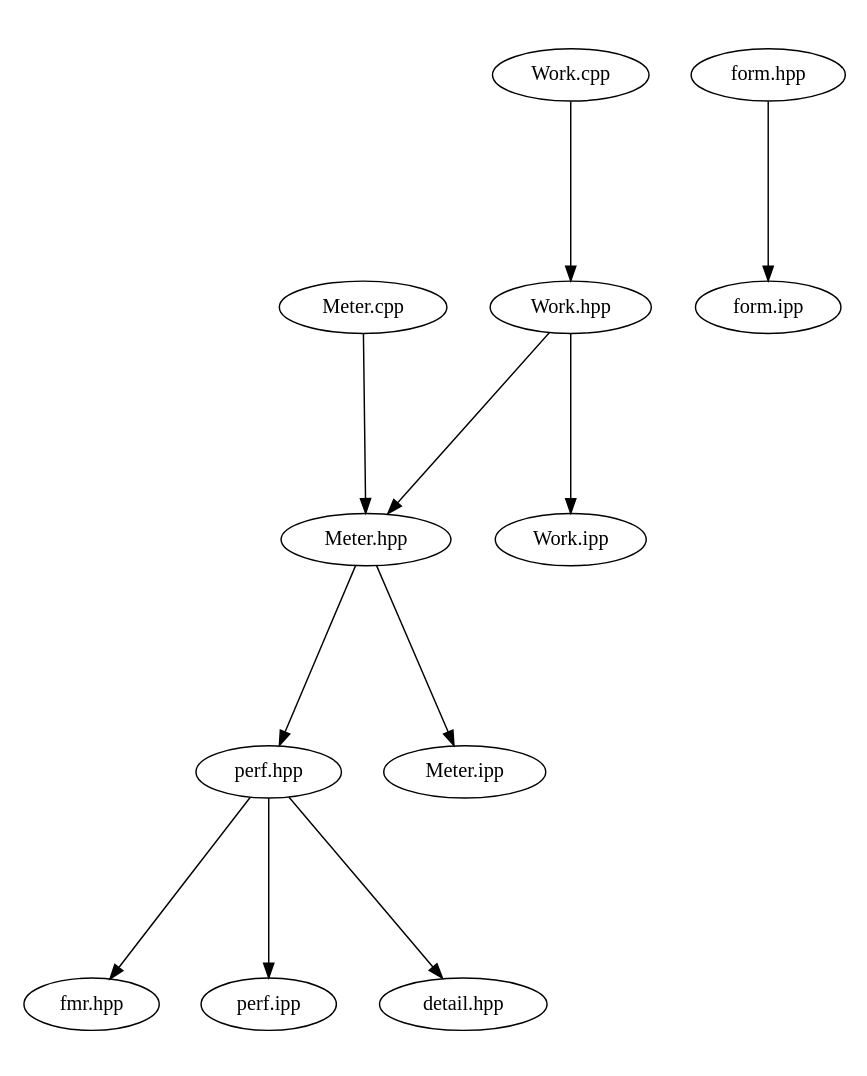
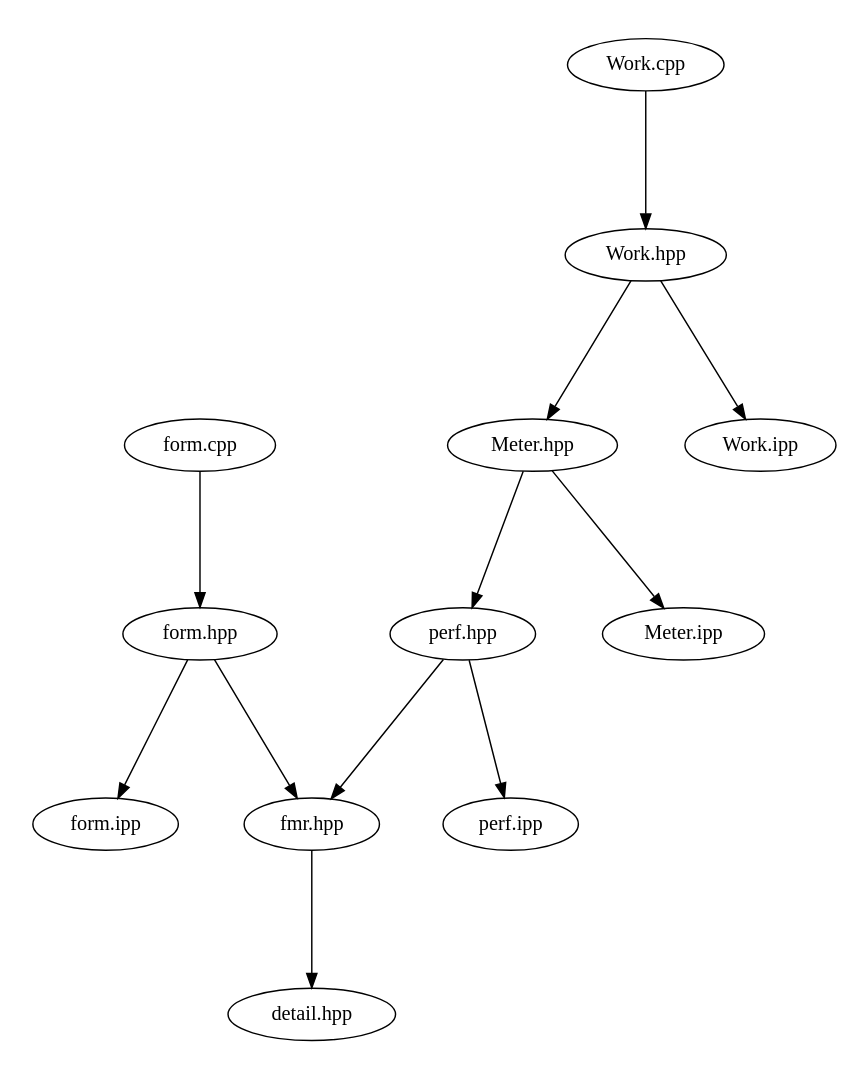
The diagram in src/docs/src-notest.dot (waggyz/femera-mini-app), drawn with Graphviz before and after one commit. The commit also changed 11 other files, not shown here.

```diff
--- a/src/docs/src-notest.dot
+++ b/src/docs/src-notest.dot
@@ -1,18 +1,19 @@
 digraph "source tree" {
     overlap=scale;
     size="8,10";
     ratio="fill";
     fontsize="16";
     fontname="Helvetica";
 	clusterrank="local";
 	"Meter.hpp" -> "perf.hpp"
 	"perf.hpp" -> "fmr.hpp"
-	"Meter.cpp" -> "Meter.hpp"
 	"Work.hpp" -> "Work.ipp"
+	"form.cpp" -> "form.hpp"
 	"perf.hpp" -> "perf.ipp"
+	"form.hpp" -> "fmr.hpp"
 	"form.hpp" -> "form.ipp"
-	"perf.hpp" -> "detail.hpp"
 	"Work.hpp" -> "Meter.hpp"
 	"Work.cpp" -> "Work.hpp"
 	"Meter.hpp" -> "Meter.ipp"
+	"fmr.hpp" -> "detail.hpp"
 }
```
